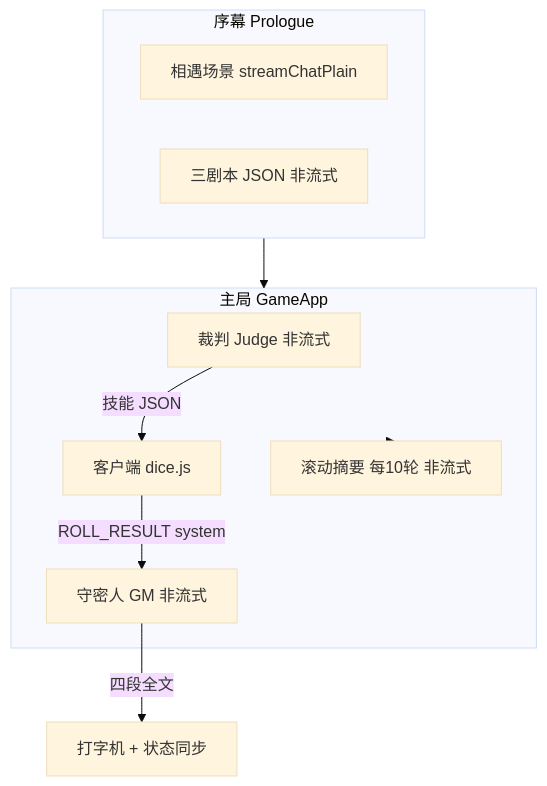
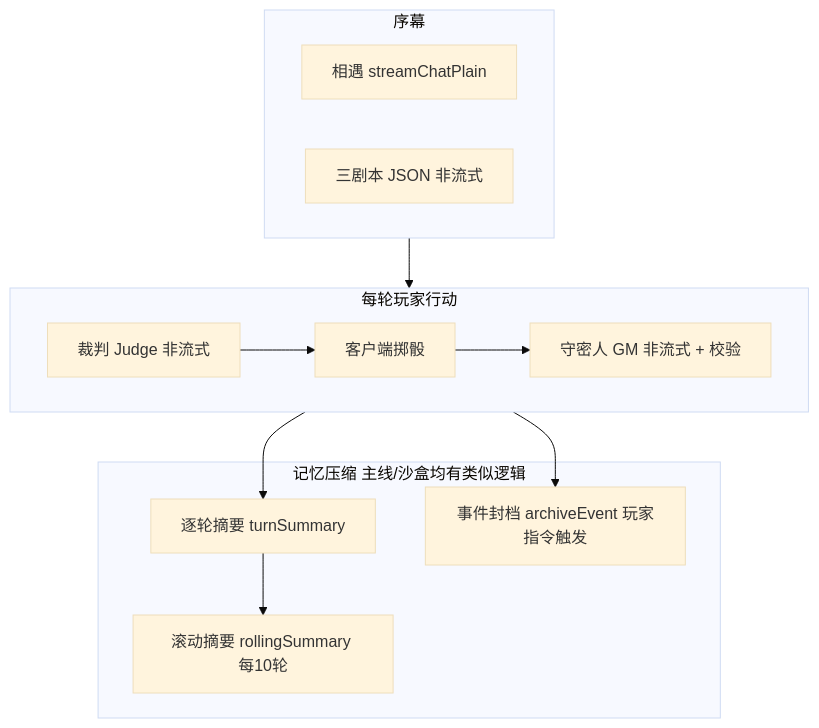
Before and after one commit to heyixigu/coc: the second of 3 diagrams in AI_ONBOARDING.md, drawn with Mermaid (base theme). The commit also changed other lines of this file and 2 other files, not shown here.

Commit message:
打字机，骰子，固定。

````diff
--- a/AI_ONBOARDING.md
+++ b/AI_ONBOARDING.md
@@ -46,18 +80,22 @@
 ```mermaid
 flowchart TB
-  subgraph prologue [序幕 Prologue]
-    P1[相遇场景 streamChatPlain]
+  subgraph prologue [序幕]
+    P1[相遇 streamChatPlain]
     P2[三剧本 JSON 非流式]
   end
-  subgraph main [主局 GameApp]
+  subgraph turn [每轮玩家行动]
     J[裁判 Judge 非流式]
-    D[客户端 dice.js]
-    G[守密人 GM 非流式]
-    S[滚动摘要 每10轮 非流式]
+    D[客户端掷骰]
+    G[守密人 GM 非流式 + 校验]
   end
-  prologue --> main
-  J -->|技能 JSON| D
-  D -->|ROLL_RESULT system| G
-  G -->|四段全文| UI[打字机 + 状态同步]
-  main --> S
+  subgraph memory [记忆压缩 主线/沙盒均有类似逻辑]
+    T[逐轮摘要 turnSummary]
+    R[滚动摘要 rollingSummary 每10轮]
+    A[事件封档 archiveEvent 玩家指令触发]
+  end
+  prologue --> turn
+  J --> D --> G
+  turn --> T
+  T --> R
+  turn --> A
 ```
````
